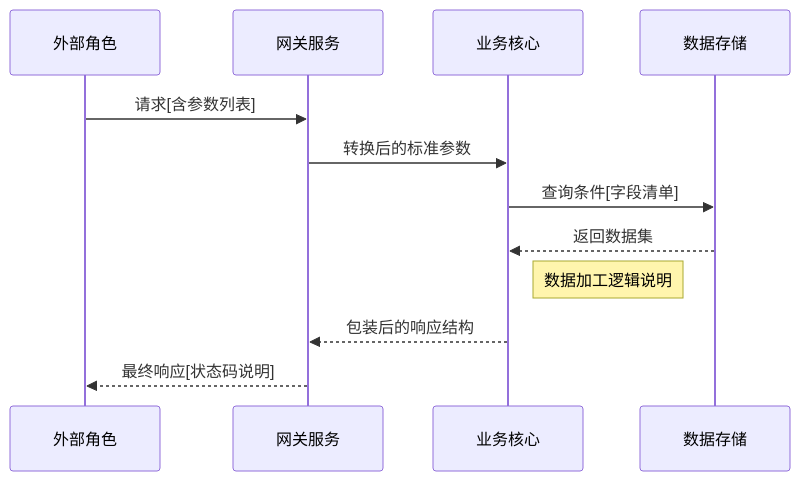
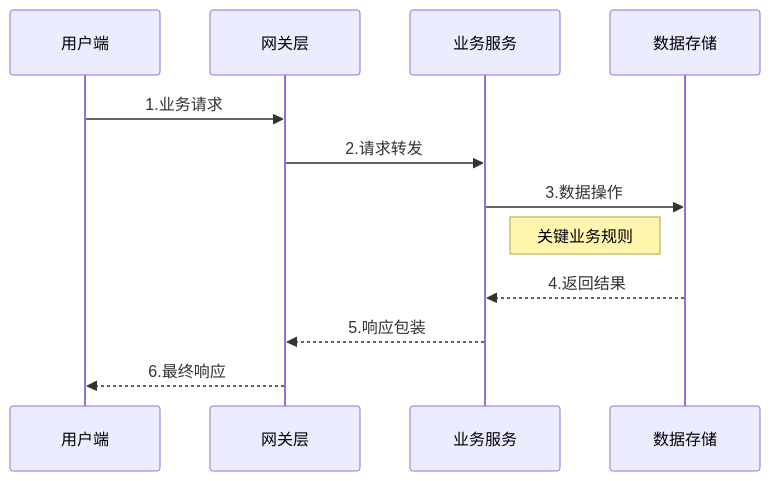
One commit to yuanyuanyuan/Stark-AI-notes changed the second of 2 diagrams in 代码分析的prompt指令/业务功能脉络分析（面向业务分析师）.md. Above: the diagram before and after it, drawn with Mermaid. The commit also changed other lines of this file and 4 other files, not shown here.

Commit message:
feat: add comprehensive guidelines for project architecture analysis across frontend, backend, and data structures

````diff
--- a/代码分析的prompt指令/业务功能脉络分析（面向业务分析师）.md
+++ b/代码分析的prompt指令/业务功能脉络分析（面向业务分析师）.md
@@ -17,14 +27,15 @@
-```mermaid
-sequenceDiagram
-    participant 外部角色
-    participant 网关服务
-    participant 业务核心
-    participant 数据存储
-    外部角色->>网关服务: 请求[含参数列表]
-    网关服务->>业务核心: 转换后的标准参数
-    业务核心->>数据存储: 查询条件[字段清单]
-    数据存储-->>业务核心: 返回数据集
-    Note right of 业务核心: 数据加工逻辑说明
-    业务核心-->>网关服务: 包装后的响应结构
-    网关服务-->>外部角色: 最终响应[状态码说明]
-```
+   ```mermaid
+   sequenceDiagram
+       participant U as 用户端
+       participant G as 网关层
+       participant S as 业务服务
+       participant D as 数据存储
+       
+       U->>G: 1.业务请求
+       G->>S: 2.请求转发
+       S->>D: 3.数据操作
+       Note right of S: 关键业务规则
+       D-->>S: 4.返回结果
+       S-->>G: 5.响应包装
+       G-->>U: 6.最终响应
+   ```
````
